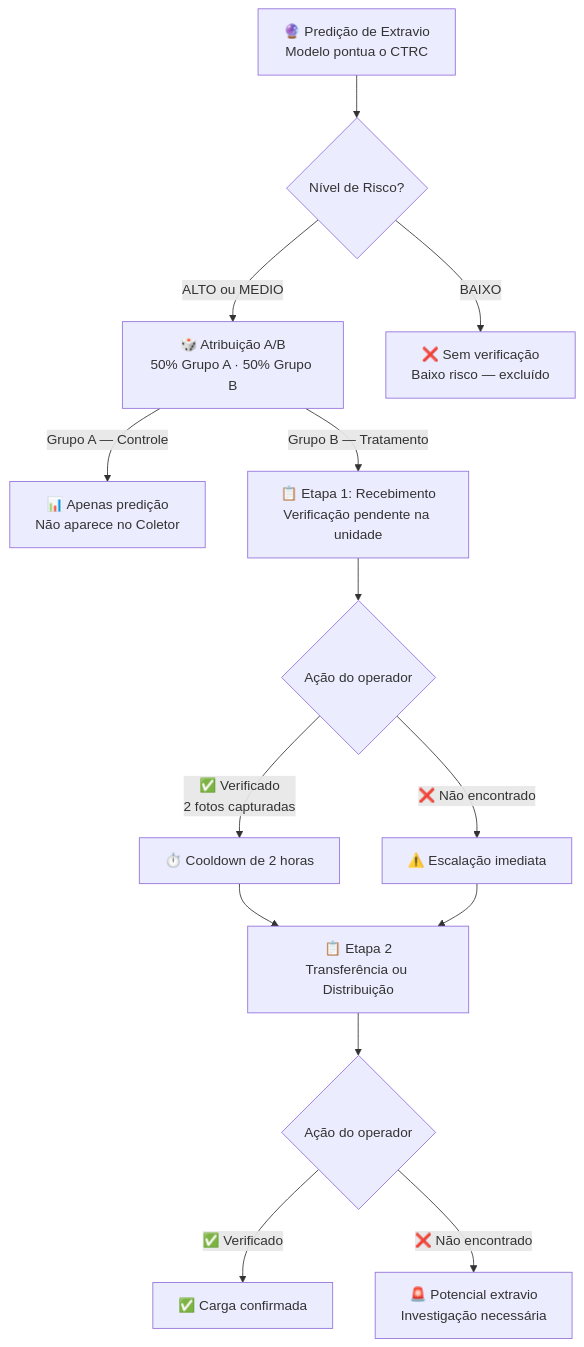
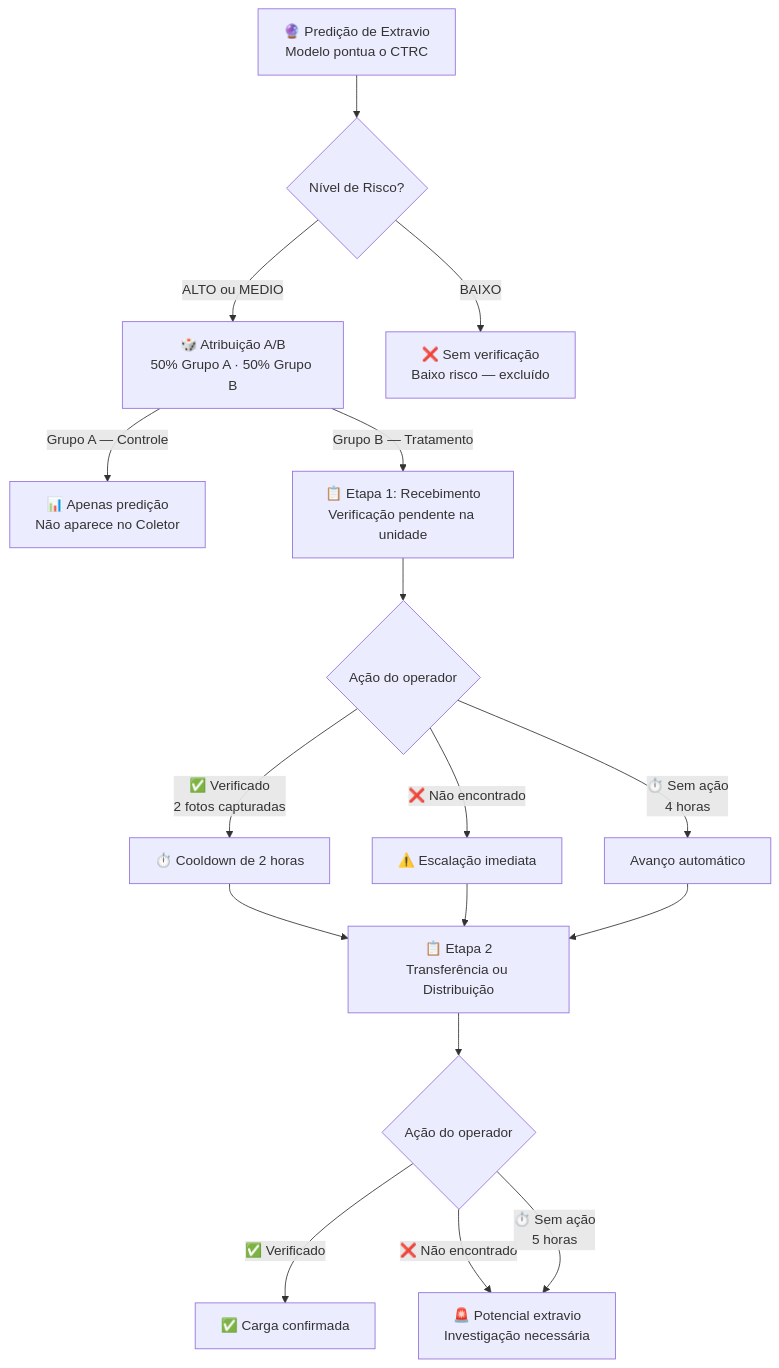
Before and after one commit to laplace-ai/laplace-docs: the first of 4 diagrams in content/pt-BR/v1/platform/loss-prediction/verification-process.mdx, drawn with Mermaid. The commit also changed other lines of this file and 1 other file, not shown here.

````diff
--- a/content/pt-BR/v1/platform/loss-prediction/verification-process.mdx
+++ b/content/pt-BR/v1/platform/loss-prediction/verification-process.mdx
@@ -22,16 +22,19 @@
 ```mermaid
 flowchart TD
     A["🔮 Predição de Extravio\nModelo pontua o CTRC"] --> B{"Nível de Risco?"}
     B -->|ALTO ou MEDIO| C["🎲 Atribuição A/B\n50% Grupo A · 50% Grupo B"]
     B -->|BAIXO| X["❌ Sem verificação\nBaixo risco — excluído"]
     C -->|Grupo A — Controle| Y["📊 Apenas predição\nNão aparece no Coletor"]
     C -->|Grupo B — Tratamento| D["📋 Etapa 1: Recebimento\nVerificação pendente na unidade"]
     D --> E{"Ação do operador"}
     E -->|"✅ Verificado\n2 fotos capturadas"| F["⏱️ Cooldown de 2 horas"]
     E -->|"❌ Não encontrado"| G["⚠️ Escalação imediata"]
+    E -->|"⏱️ Sem ação\n4 horas"| F2["Avanço automático"]
     F --> H["📋 Etapa 2\nTransferência ou Distribuição"]
     G --> H
+    F2 --> H
     H --> I{"Ação do operador"}
     I -->|"✅ Verificado"| J["✅ Carga confirmada"]
     I -->|"❌ Não encontrado"| K["🚨 Potencial extravio\nInvestigação necessária"]
+    I -->|"⏱️ Sem ação\n5 horas"| K
 ```
````
